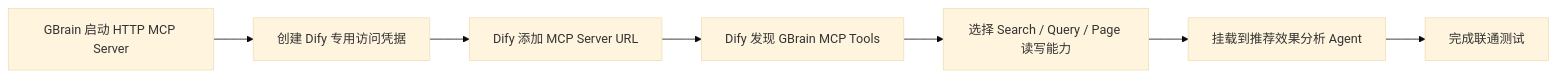
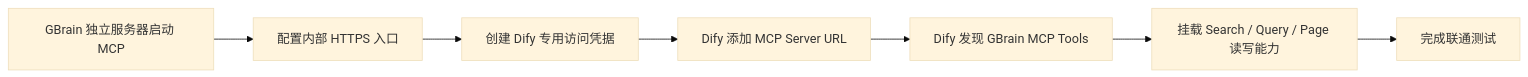
One commit to sgfd-ui/internship changed the fourth of 7 diagrams in weekly-report/gbrain-dify-shared-knowledge.md. Above: the diagram before and after it, drawn with Mermaid (base theme). The commit also changed other lines of this file, not shown here.

Commit message:
部署方案统一为 GBrain 独立机器

````diff
--- a/weekly-report/gbrain-dify-shared-knowledge.md
+++ b/weekly-report/gbrain-dify-shared-knowledge.md
@@ -164,10 +162,10 @@
 ```mermaid
 flowchart LR
-    A[GBrain 启动 HTTP MCP Server]
-    --> B[创建 Dify 专用访问凭据]
-    --> C[Dify 添加 MCP Server URL]
-    --> D[Dify 发现 GBrain MCP Tools]
-    --> E[选择 Search / Query / Page 读写能力]
-    --> F[挂载到推荐效果分析 Agent]
+    A[GBrain 独立服务器启动 MCP]
+    --> B[配置内部 HTTPS 入口]
+    --> C[创建 Dify 专用访问凭据]
+    --> D[Dify 添加 MCP Server URL]
+    --> E[Dify 发现 GBrain MCP Tools]
+    --> F[挂载 Search / Query / Page 读写能力]
     --> G[完成联通测试]
 ```
````
